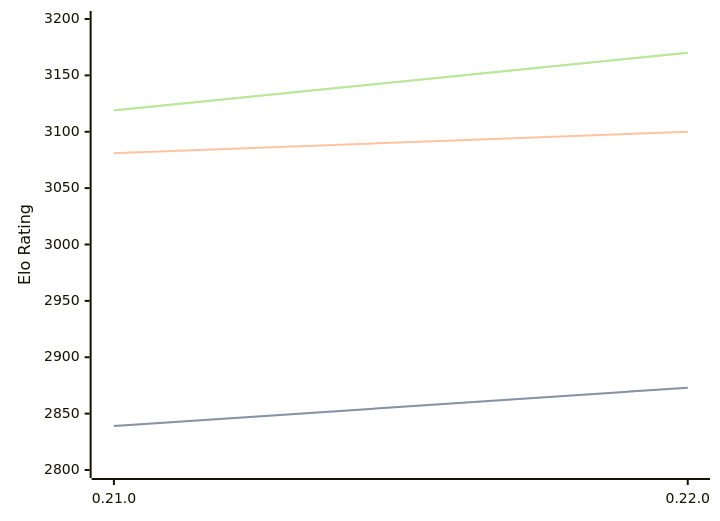
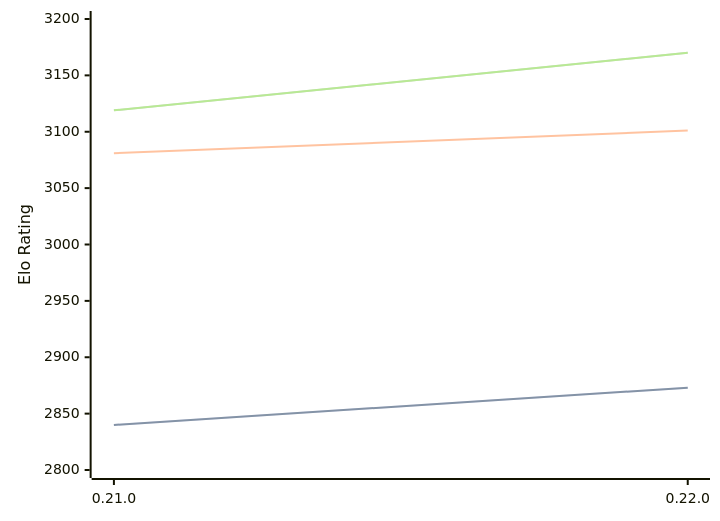
Before and after one commit to computer-chess-index/cci: the diagram in engines/Princhess.md, drawn with Mermaid. The commit also changed other lines of this file, not shown here.

````diff
--- a/engines/Princhess.md
+++ b/engines/Princhess.md
@@ -32,11 +32,11 @@
 ```mermaid
 %%{init: {"theme":"base","themeVariables":{"seriesColors:['#a3a3a3','#222221','#faa371']}}}%%
 xychart-beta
   x-axis ["0.21.0", "0.22.0"]
   y-axis "Elo Rating" 2800 --> 3200
-  line "" [2839, 2873]
-  line "STC (8.0+0.08s)" [2839, 2873]
-  line "LTC (60.0+0.60s)" [3081, 3100]
+  line "" [2840, 2873]
+  line "STC (8.0+0.08s)" [2840, 2873]
+  line "LTC (60.0+0.60s)" [3081, 3101]
   line "" [3119, 3170]
   line "VLTC (2m24s+1.12s)" [3119, 3170]
 ```
````
